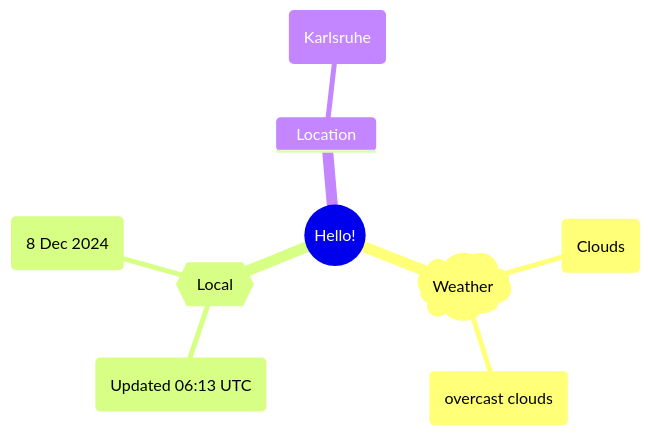
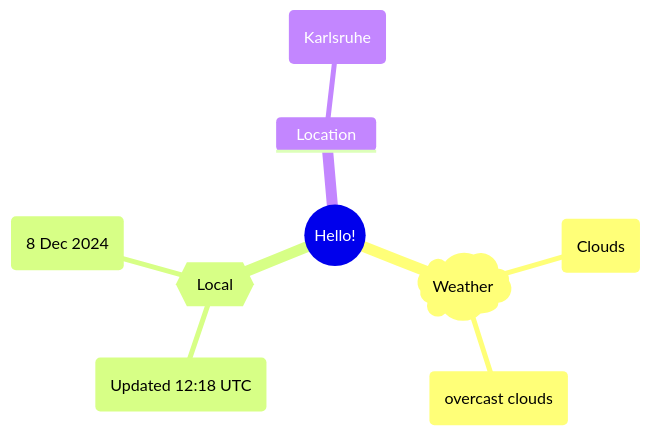
The first of 2 diagrams in README.md (Xosrov/Xosrov), drawn with Mermaid before and after one commit.

Commit message:
[bot] updated images

````diff
--- a/README.md
+++ b/README.md
@@ -3,12 +3,12 @@
 ```mermaid
 mindmap
   root((Hello!))
     )Weather(
         (Clouds)
         (overcast clouds)
     {{Local}}
-        (Updated 06:13 UTC)
+        (Updated 12:18 UTC)
         (8 Dec 2024)
     Location
         (Karlsruhe)
 ```
````
